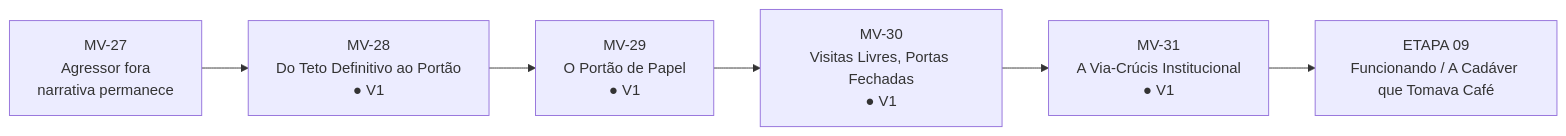
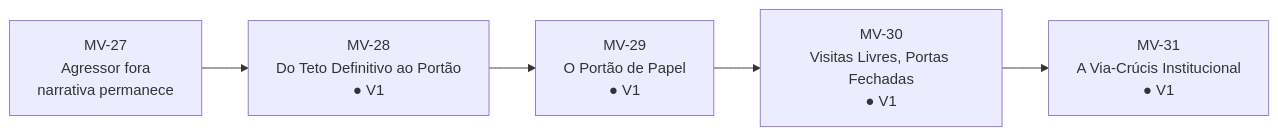
Before and after one commit to Sollimastudio/trilogia-sol-lima: the second of 7 diagrams in 01_MORTE_EM_VIDA/MAPA_VISUAL_PARTE_III_ATUAL.md, drawn with Mermaid. The commit also changed other lines of this file, not shown here.

Commit message:
Adiciona Movimento C da Etapa 09 ao mapa visual da Parte III

````diff
--- a/01_MORTE_EM_VIDA/MAPA_VISUAL_PARTE_III_ATUAL.md
+++ b/01_MORTE_EM_VIDA/MAPA_VISUAL_PARTE_III_ATUAL.md
@@ -18,8 +18,7 @@
 ```mermaid
 flowchart LR
 A[MV-27\nAgressor fora\nnarrativa permanece] --> B[MV-28\nDo Teto Definitivo ao Portão\n● V1]
 B --> C[MV-29\nO Portão de Papel\n● V1]
 C --> D[MV-30\nVisitas Livres, Portas Fechadas\n● V1]
 D --> E[MV-31\nA Via-Crúcis Institucional\n● V1]
-E --> F[ETAPA 09\nFuncionando / A Cadáver que Tomava Café]
 ```
````
